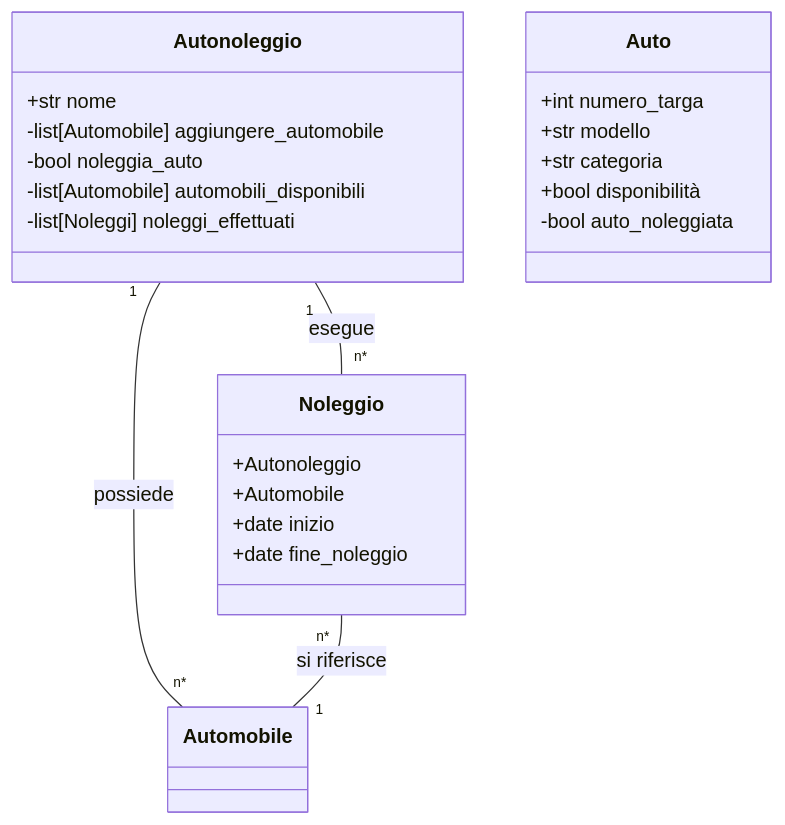
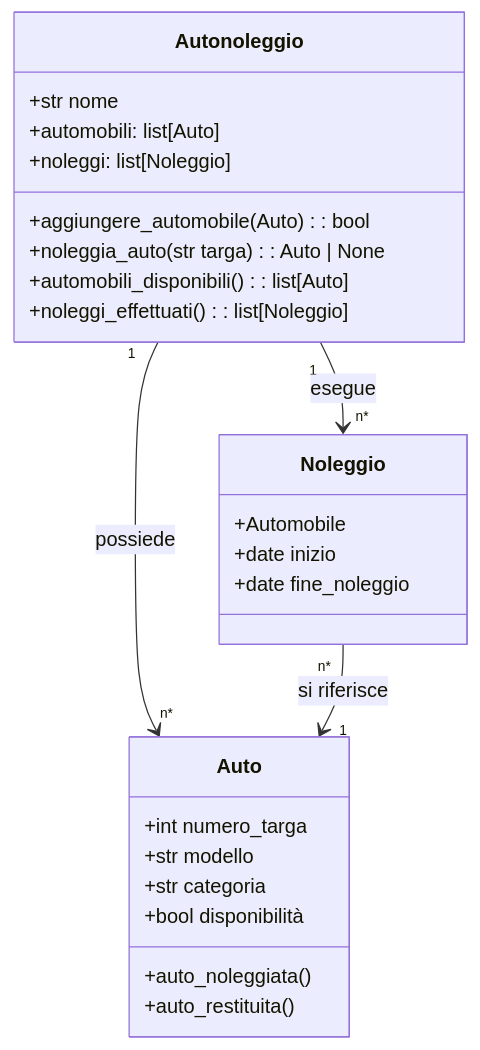
Before and after one commit to CristianMonticelli/io: the diagram in esercizio_22/monticelli_022.md, drawn with Mermaid. The commit also changed 4 other files, not shown here.

````diff
--- a/esercizio_22/monticelli_022.md
+++ b/esercizio_22/monticelli_022.md
@@ -1,37 +1,37 @@
 ```mermaid
 classDiagram
     class Autonoleggio{
         +str nome
-        
-        
-        -list[Automobile] aggiungere_automobile
-        -bool noleggia_auto
-        -list[Automobile] automobili_disponibili
-        -list[Noleggi] noleggi_effettuati
+        +automobili: list[Auto]
+        +noleggi: list[Noleggio]
+        +aggiungere_automobile(Auto): bool
+        +noleggia_auto(str targa): Auto | None
+        +automobili_disponibili(): list[Auto]
+        +noleggi_effettuati(): list[Noleggio]
 
     }
 
     class Noleggio{
-        +Autonoleggio
         +Automobile
         +date inizio
         +date fine_noleggio
         
 
     }
 
     class Auto{
         +int numero_targa
         +str modello
         +str categoria
         +bool disponibilità
-        -bool auto_noleggiata
+        +auto_noleggiata()
+        +auto_restituita()
          
     }
-    Autonoleggio "1" -- "n*" Noleggio : esegue
-    Autonoleggio "1" -- "n*" Automobile : possiede
-    Noleggio "n*" -- "1" Automobile : si riferisce
+    Autonoleggio "1" --> "n*" Noleggio : esegue
+    Autonoleggio "1" --> "n*" Auto : possiede
+    Noleggio "n*" --> "1" Auto : si riferisce
 
 
     
 ```
````
